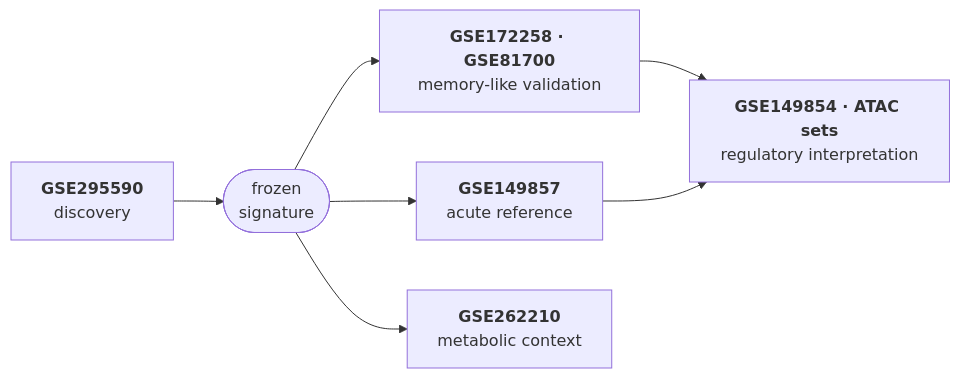
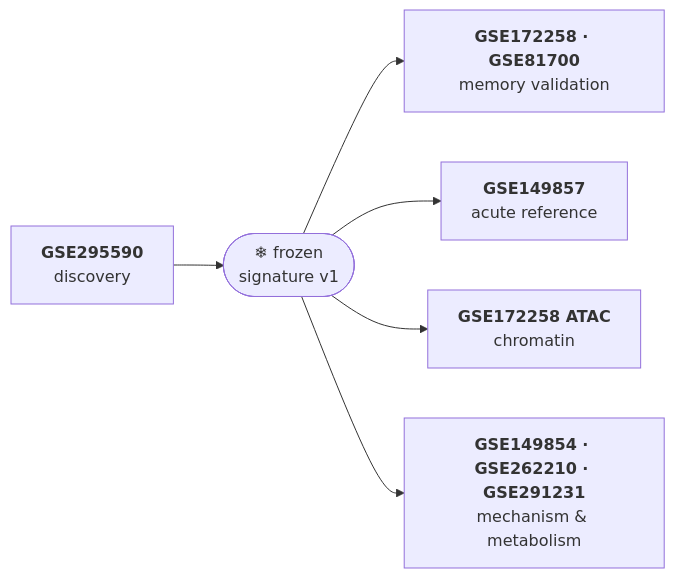
One commit to alperengcmn/ivc changed the first of 2 diagrams in README.md. Above: the diagram before and after it, drawn with Mermaid. The commit also changed other lines of this file and 12 other files, not shown here.

````diff
--- a/README.md
+++ b/README.md
@@ -62,9 +76,8 @@
 ```mermaid
 flowchart LR
-    D["<b>GSE295590</b><br/>discovery"] --> S(["frozen<br/>signature"])
-    S --> V["<b>GSE172258 · GSE81700</b><br/>memory-like validation"]
+    D["<b>GSE295590</b><br/>discovery"] --> S(["❄ frozen<br/>signature v1"])
+    S --> V["<b>GSE172258 · GSE81700</b><br/>memory validation"]
     S --> A["<b>GSE149857</b><br/>acute reference"]
-    V --> R["<b>GSE149854 · ATAC sets</b><br/>regulatory interpretation"]
-    A --> R
-    S --> M["<b>GSE262210</b><br/>metabolic context"]
+    S --> C["<b>GSE172258 ATAC</b><br/>chromatin"]
+    S --> M["<b>GSE149854 · GSE262210 · GSE291231</b><br/>mechanism & metabolism"]
 ```
````
